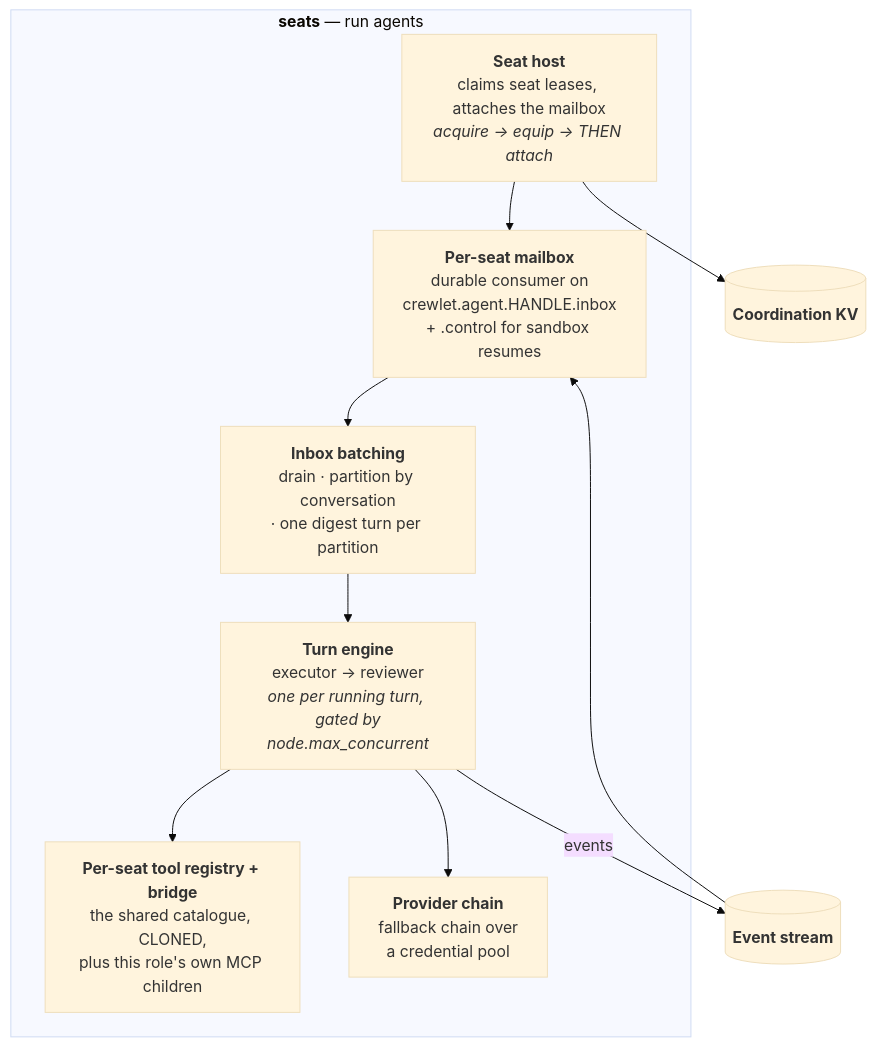
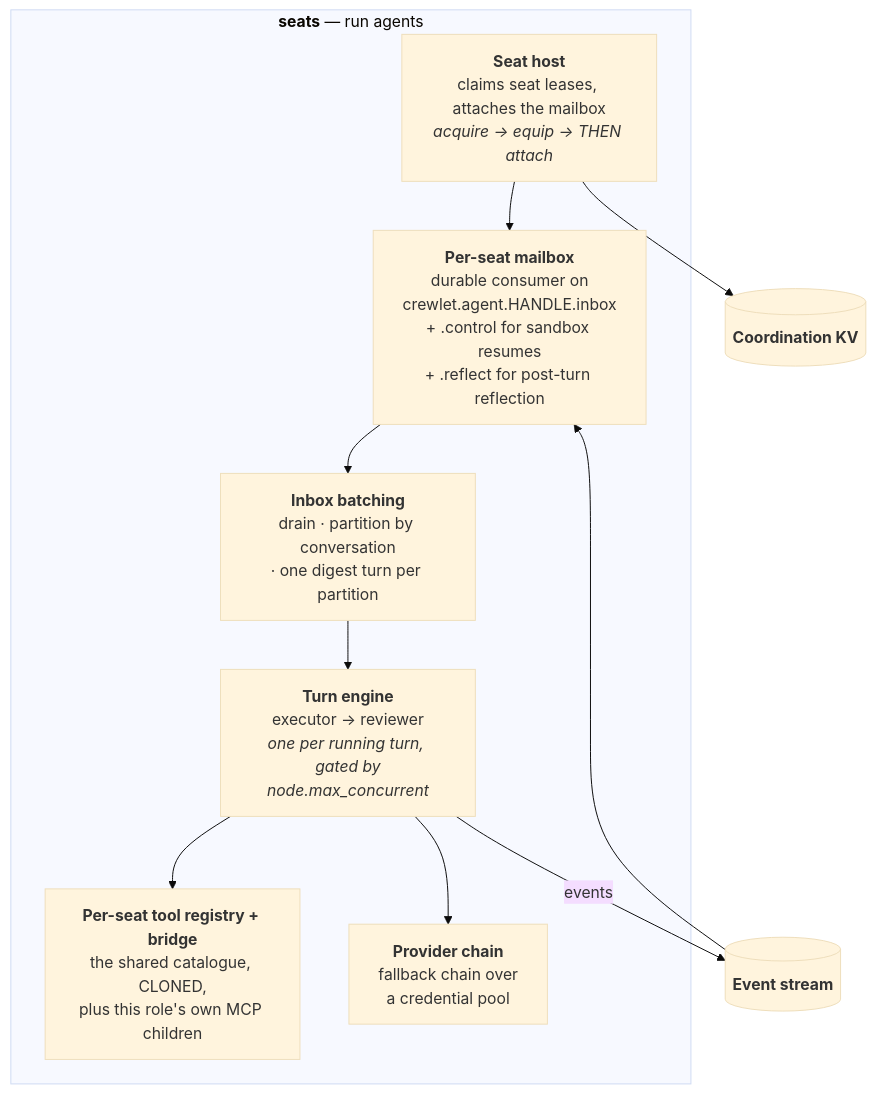
The fourth of 10 diagrams in docs/concepts/architecture.md (crewlet/crewlet), drawn with Mermaid (base theme) before and after one commit. The commit also changed other lines of this file and 27 other files, not shown here.

````diff
--- a/docs/concepts/architecture.md
+++ b/docs/concepts/architecture.md
@@ -197,21 +196,21 @@
 ```mermaid
 flowchart TB
     subgraph seats["<b>seats</b> — run agents"]
         CLAIM["<b>Seat host</b><br/>claims seat leases, attaches the mailbox<br/><i>acquire → equip → THEN attach</i>"]
-        MBOX["<b>Per-seat mailbox</b><br/>durable consumer on<br/>crewlet.agent.HANDLE.inbox<br/>+ .control for sandbox resumes"]
+        MBOX["<b>Per-seat mailbox</b><br/>durable consumer on<br/>crewlet.agent.HANDLE.inbox<br/>+ .control for sandbox resumes<br/>+ .reflect for post-turn reflection"]
         BATCH["<b>Inbox batching</b><br/>drain · partition by conversation<br/>· one digest turn per partition"]
         TURN["<b>Turn engine</b><br/>executor → reviewer<br/><i>one per running turn, gated by<br/>node.max_concurrent</i>"]
         REG["<b>Per-seat tool registry + bridge</b><br/>the shared catalogue, CLONED,<br/>plus this role's own MCP children"]
         PROV["<b>Provider chain</b><br/>fallback chain over<br/>a credential pool"]
     end
     STREAM[("<b>Event stream</b>")]
     KV[("<b>Coordination KV</b>")]
 
     STREAM --> MBOX
     MBOX --> BATCH --> TURN
     TURN --> REG
     TURN --> PROV
     TURN -->|events| STREAM
     CLAIM --> MBOX
     CLAIM --> KV
 ```
````
